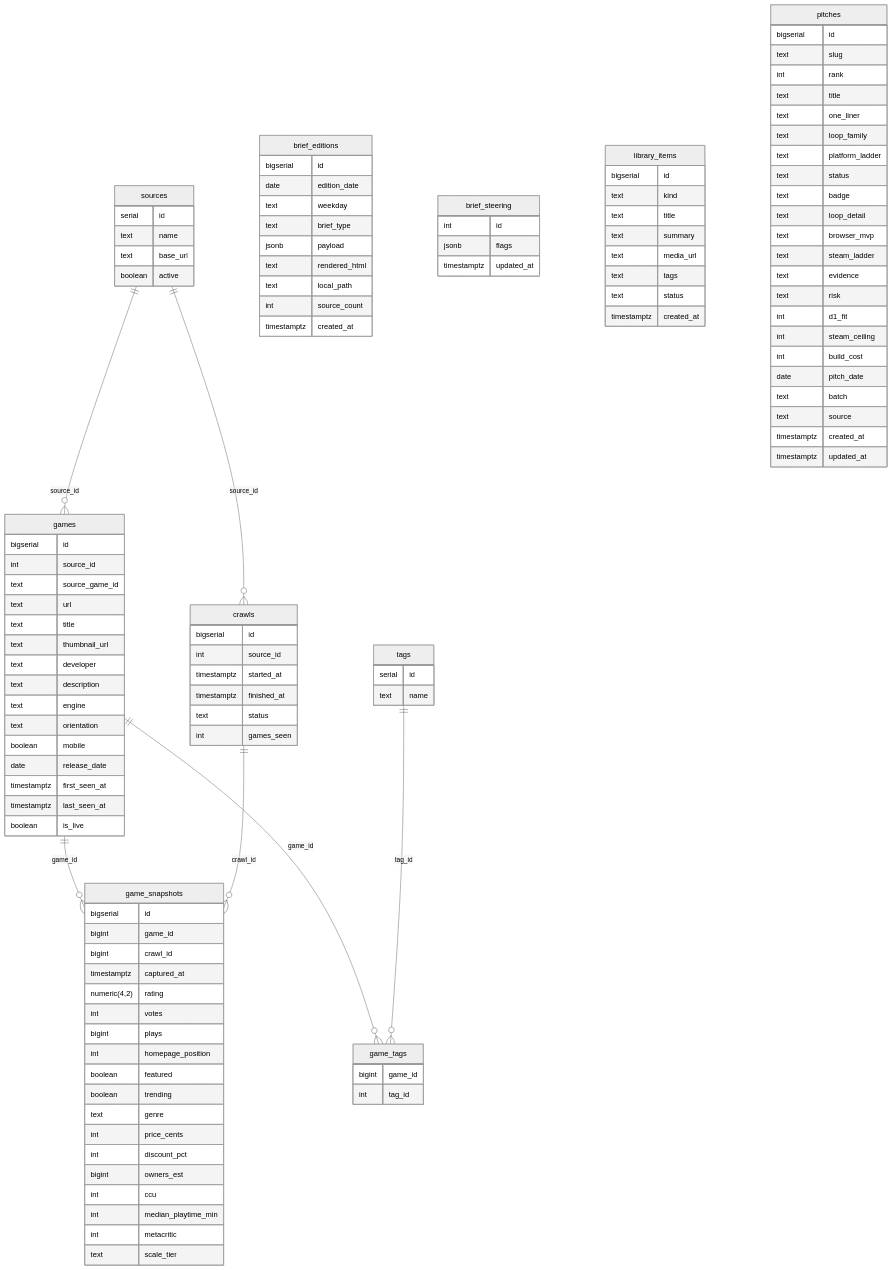
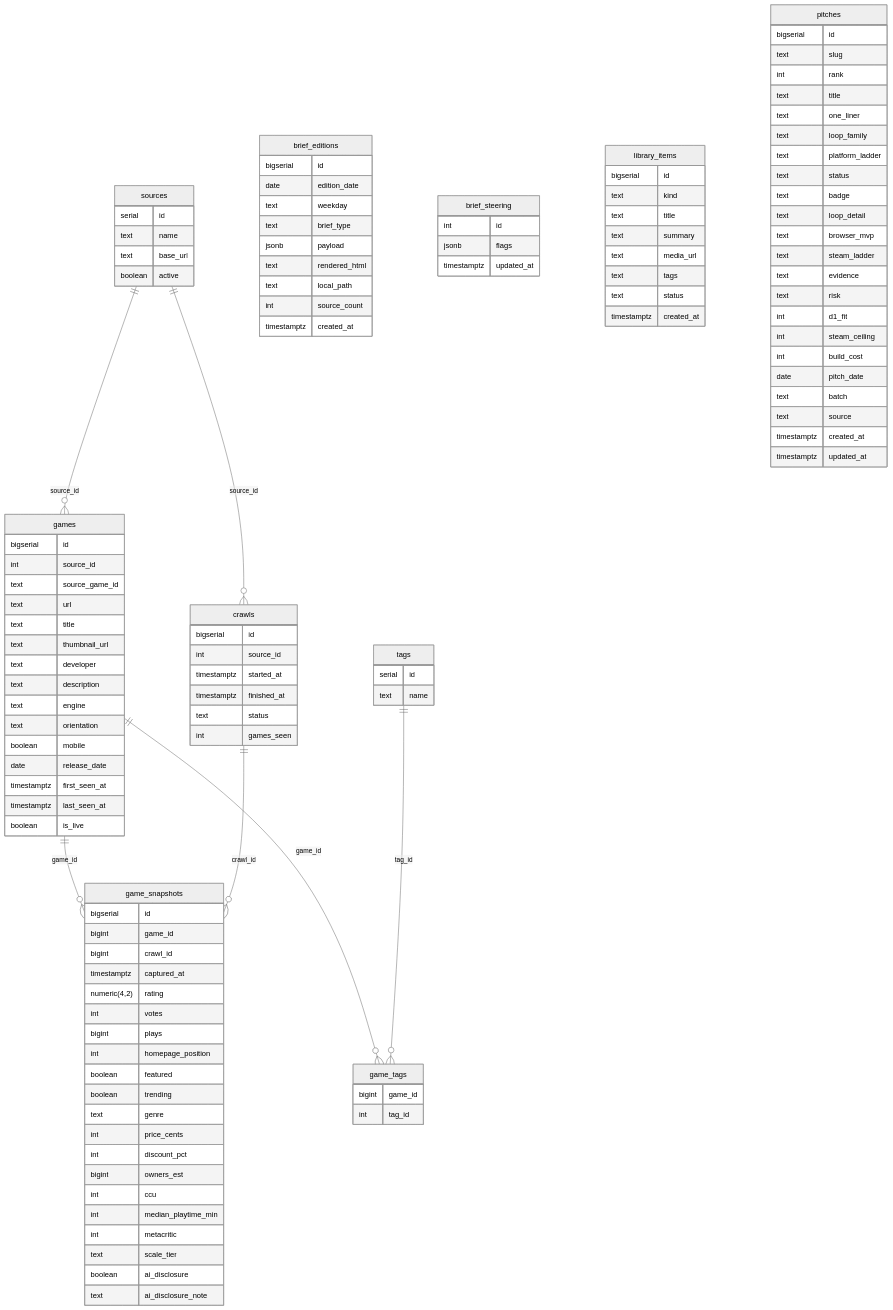
The diagram in docs/reference/schema.md (ry4nch1n/KAIROS), drawn with Mermaid (neutral theme) before and after one commit. The commit also changed other lines of this file and 13 other files, not shown here.

```diff
--- a/docs/reference/schema.md
+++ b/docs/reference/schema.md
@@ -69,6 +69,8 @@
     int median_playtime_min
     int metacritic
     text scale_tier
+    boolean ai_disclosure
+    text ai_disclosure_note
   }
   tags {
     serial id
```
